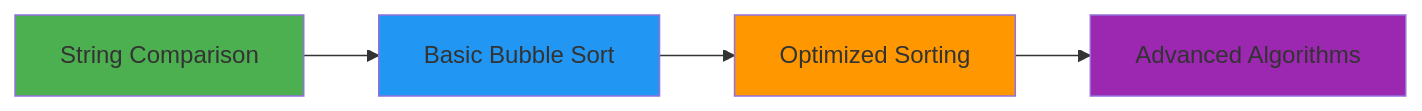
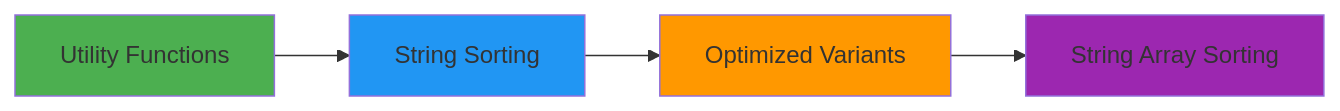
One commit to Itachi-Logic/c-challenges-solved changed the diagram in string_sorting_algorithm/README.md. Above: the diagram before and after it, drawn with Mermaid. The commit also changed other lines of this file, not shown here.

````diff
--- a/string_sorting_algorithm/README.md
+++ b/string_sorting_algorithm/README.md
@@ -29,10 +29,10 @@
 ```mermaid
 graph LR
-    A[String Comparison] --> B[Basic Bubble Sort]
-    B --> C[Optimized Sorting]
-    C --> D[Advanced Algorithms]
+    A[Utility Functions] --> B[String Sorting]
+    B --> C[Optimized Variants]
+    C --> D[String Array Sorting]
     style A fill:#4CAF50
     style B fill:#2196F3
     style C fill:#FF9800
     style D fill:#9C27B0
 ```
````
